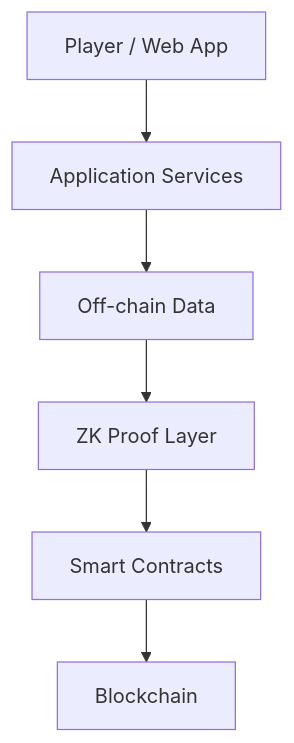
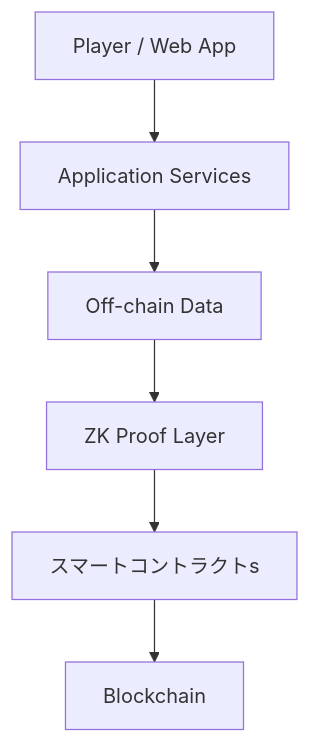
The first of 43 diagrams in docs/whitepaper/09-technology.md (ShigeichiroYamasaki/creator-first-platform), drawn with Mermaid before and after one commit. The commit also changed other lines of this file and 67 other files, not shown here.

````diff
--- a/docs/whitepaper/09-technology.md
+++ b/docs/whitepaper/09-technology.md
@@ -30,15 +30,15 @@
 ```mermaid
 flowchart TD
     APP[Player / Web App]
     API[Application Services]
     DATA[Off-chain Data]
     ZK[ZK Proof Layer]
-    SC[Smart Contracts]
+    SC[スマートコントラクトs]
     CHAIN[Blockchain]
 
     APP --> API
     API --> DATA
     DATA --> ZK
     ZK --> SC
     SC --> CHAIN
 ```
````
